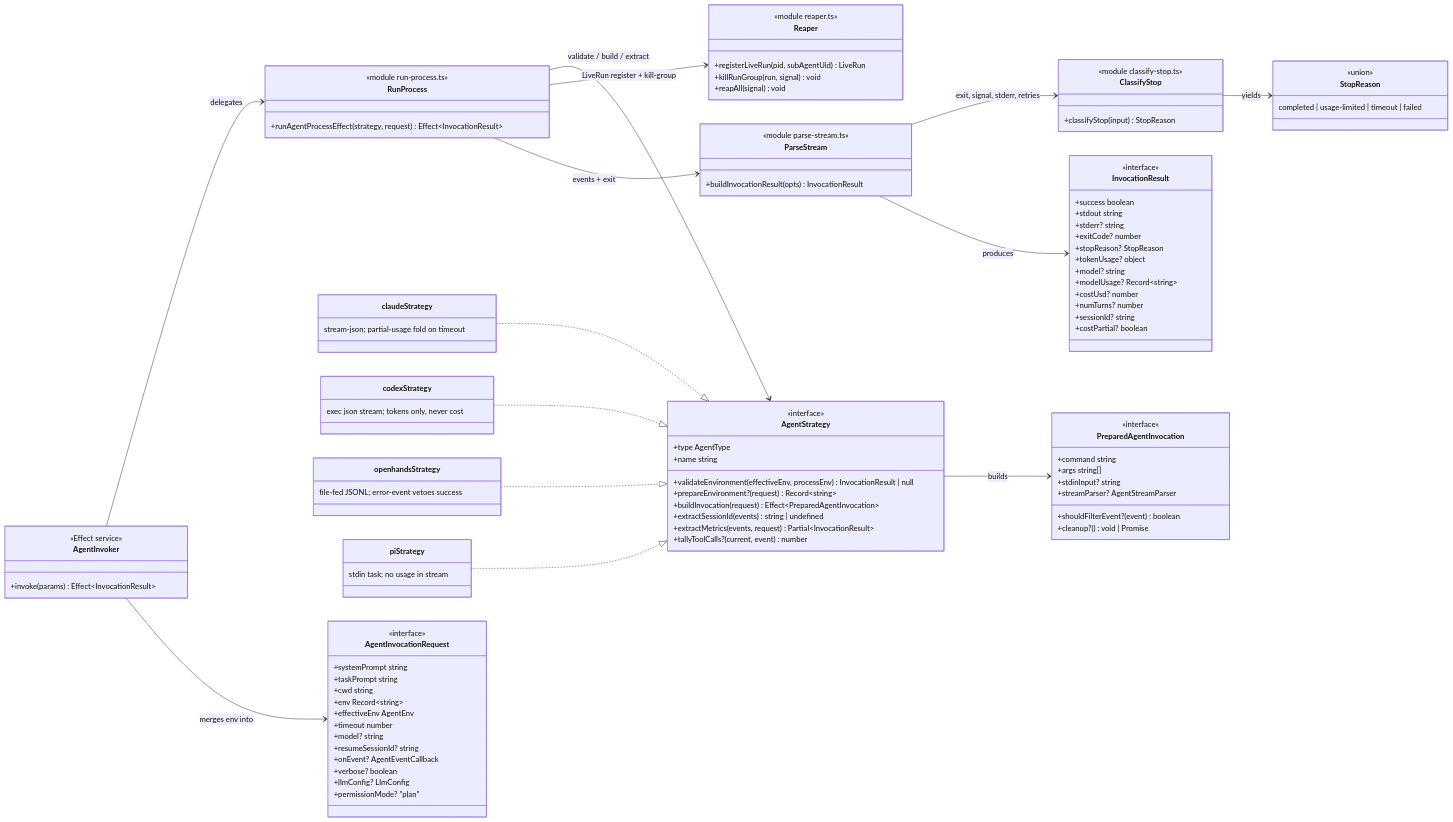
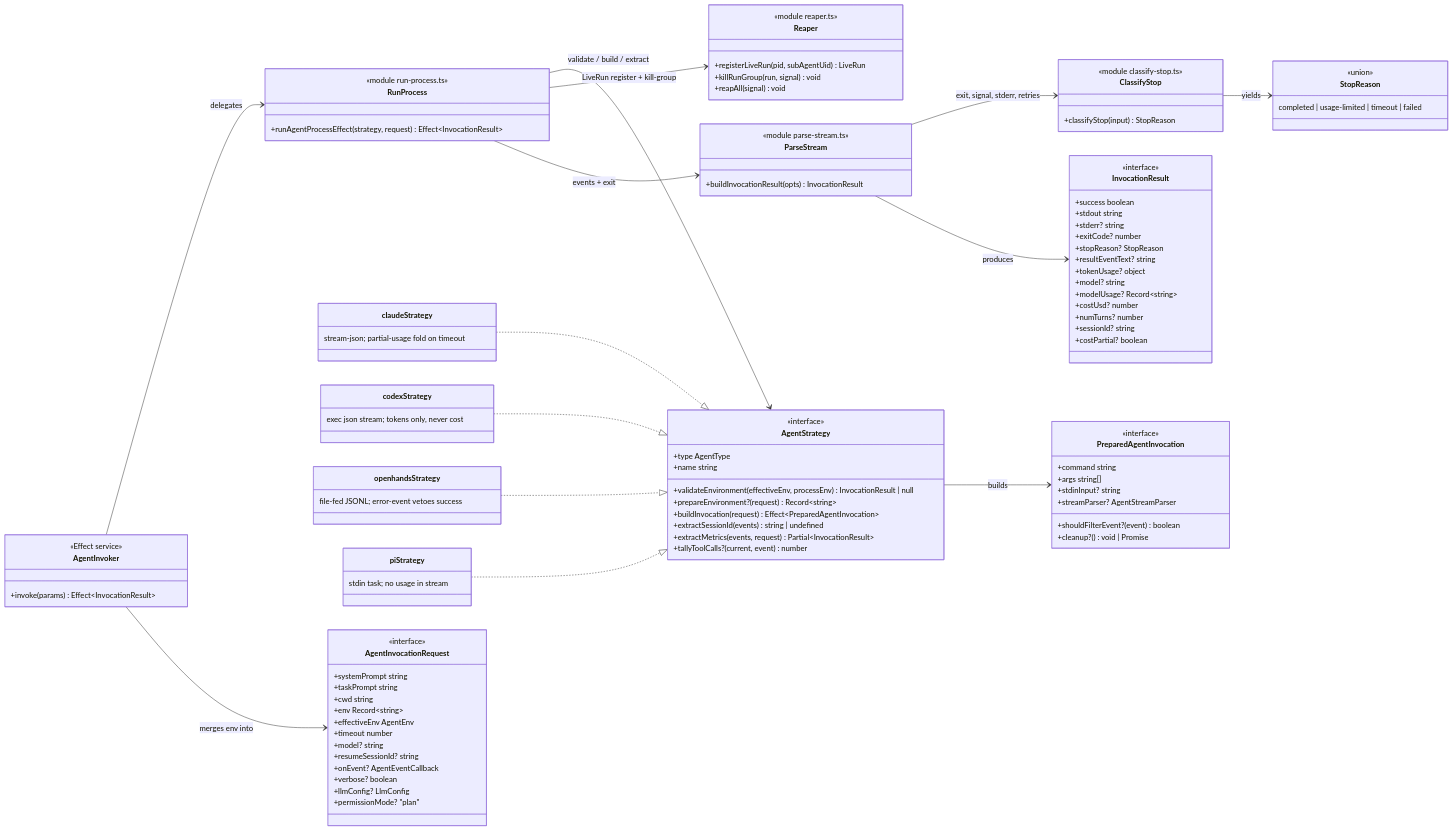
Before and after one commit to stiproot/h: the diagram in docs/diagrams/agent-cli-class.md, drawn with Mermaid. The commit also changed 5 other files, not shown here.

First line of the commit message:
fix(local-runtime): cite the result event, not stderr's head, as a failed run's reason

```diff
--- a/docs/diagrams/agent-cli-class.md
+++ b/docs/diagrams/agent-cli-class.md
@@ -131,6 +131,7 @@
     +stderr? string
     +exitCode? number
     +stopReason? StopReason
+    +resultEventText? string
     +tokenUsage? object
     +model? string
     +modelUsage? Record~string~
```
